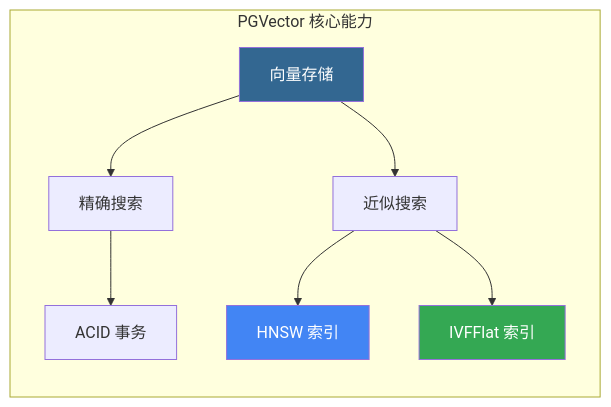
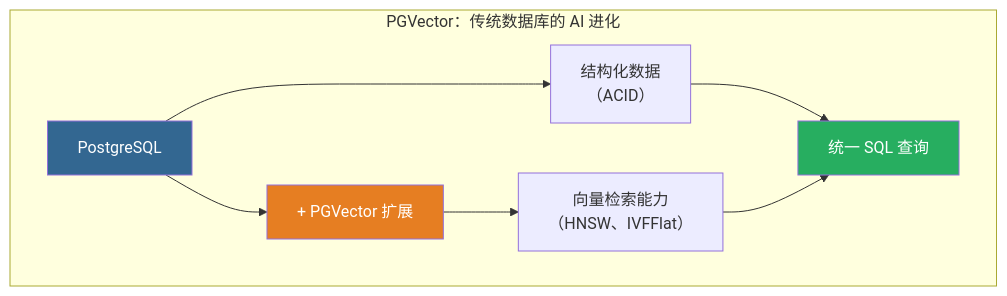
Before and after one commit to ThreeFish-AI/agentic-ai-cognizes: the first of 14 diagrams in docs/research/005-vector-databases.md, drawn with Mermaid. The commit also changed other lines of this file, not shown here.

First line of the commit message:
docs(Research): 重构向量数据库 PGVector 章节内容;

````diff
--- a/docs/research/005-vector-databases.md
+++ b/docs/research/005-vector-databases.md
@@ -45,14 +48,14 @@
 ```mermaid
 graph LR
-    subgraph "PGVector 核心能力"
-        A[向量存储] --> B[精确搜索]
-        A --> C[近似搜索]
-        B --> D[ACID 事务]
-        C --> E[HNSW 索引]
-        C --> F[IVFFlat 索引]
+    subgraph "PGVector：传统数据库的 AI 进化"
+        direction LR
+        A[PostgreSQL] --> B[结构化数据<br/>（ACID）]
+        A --> C[+ PGVector 扩展]
+        C --> D[向量检索能力<br/>（HNSW、IVFFlat）]
+        B & D --> E[统一 SQL 查询]
+
+        style A fill:#336791,color:#fff
+        style C fill:#e67e22,color:#fff
+        style E fill:#27ae60,color:#fff
     end
-
-    style A fill:#336791,color:#fff
-    style E fill:#4285f4,color:#fff
-    style F fill:#34a853,color:#fff
 ```
````
